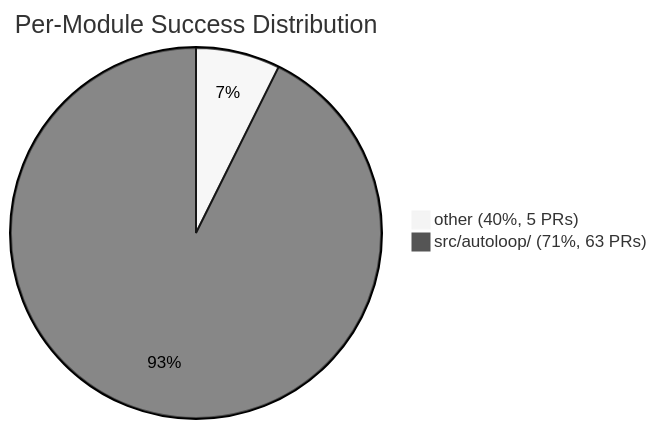
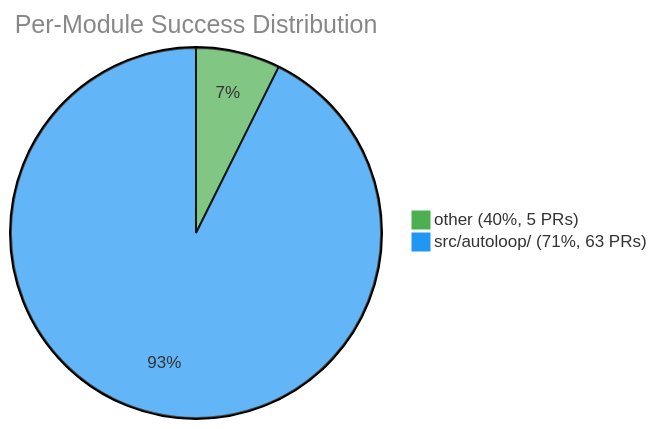
The third of 3 diagrams in EVAL.md (Sanctum-Origo-Systems/autoloop), drawn with Mermaid before and after one commit.

Commit message:
chore: update eval report (2026-09-18)

````diff
--- a/EVAL.md
+++ b/EVAL.md
@@ -47,6 +47,6 @@
 ```mermaid
-%%{init: {'theme': 'neutral'}}%%
+%%{init: {'theme': 'base', 'themeVariables': {'pie1': '#4CAF50', 'pie2': '#2196F3', 'pie3': '#FF9800', 'pie4': '#E91E63', 'pie5': '#9C27B0', 'pie6': '#00BCD4', 'pieTitleTextColor': '#888'}}}%%
 pie title Per-Module Success Distribution
     "other (40%, 5 PRs)" : 5
     "src/autoloop/ (71%, 63 PRs)" : 63
 ```
````
